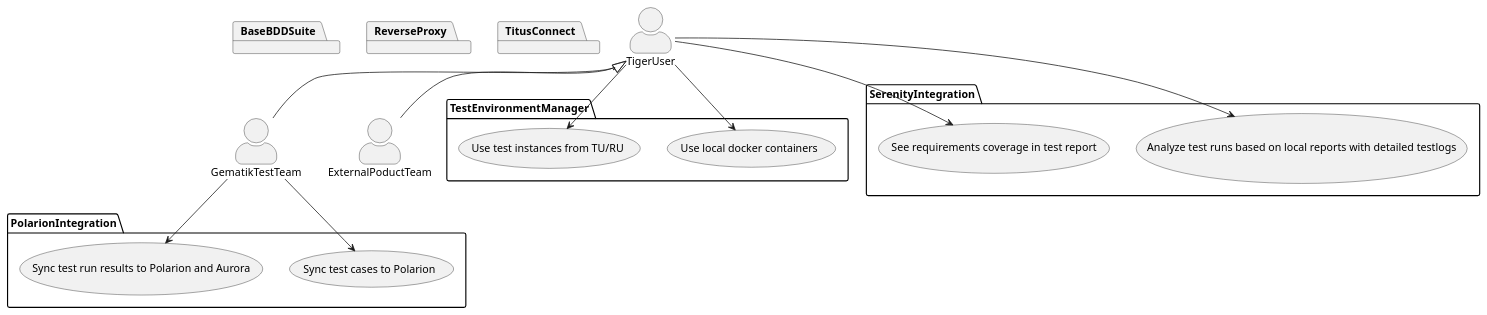
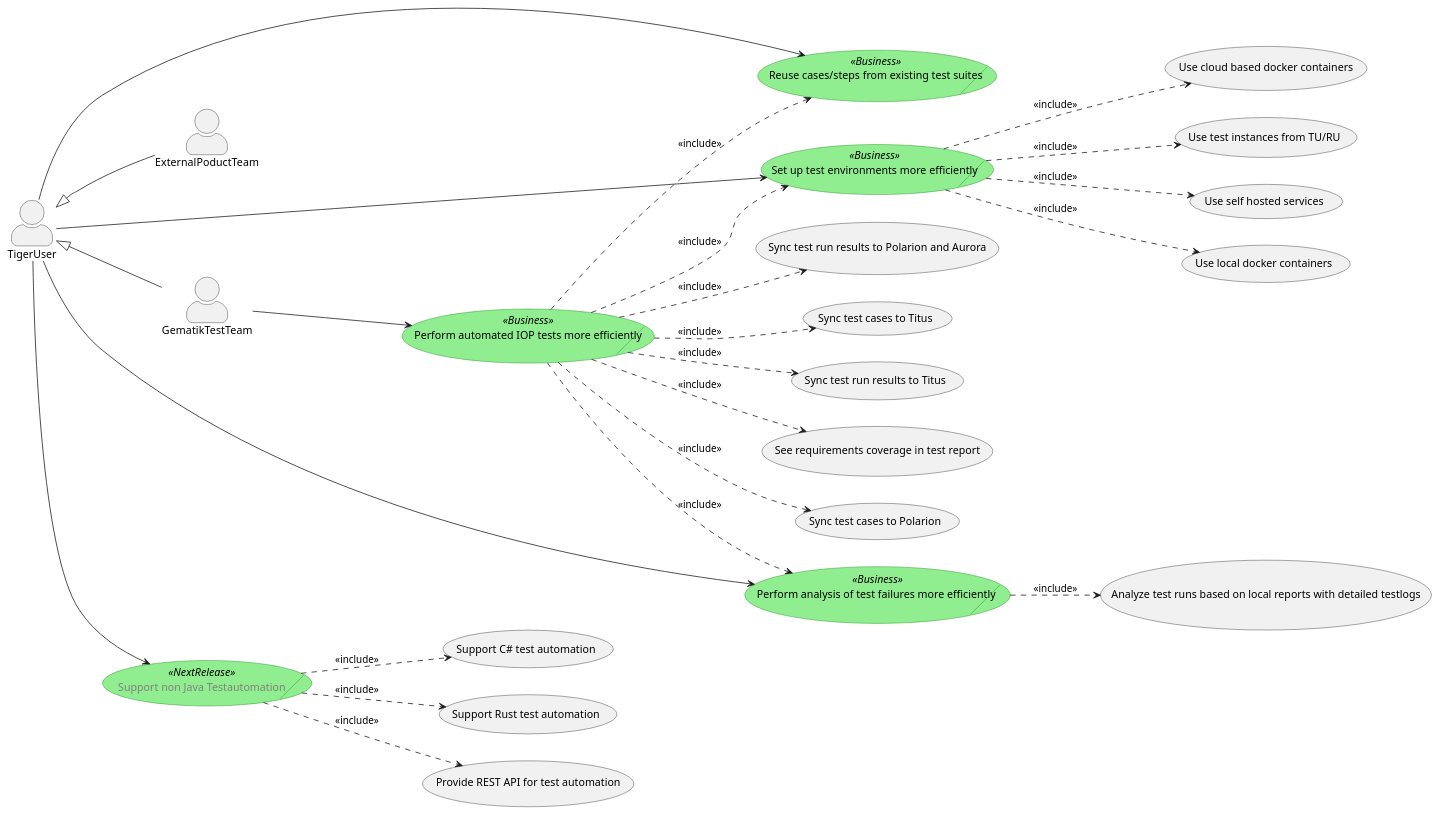
One commit to gematik/app-Tiger changed the diagram in doc/specification/tiger_use_cases.puml. Above: the diagram before and after it, drawn with PlantUML.

Commit message:
first draft of use cases ready for teamstorming

```diff
--- a/doc/specification/tiger_use_cases.puml
+++ b/doc/specification/tiger_use_cases.puml
@@ -1,48 +1,84 @@
 @startuml
 
 skinparam actorStyle awesome
+
+skinparam usecase {
+    BackgroundColor<<Business>> LightGreen
+    BorderColor<<Business>> Green
+    BackgroundColor<<NextRelease>> LightGreen
+    FontColor<<NextRelease>> Gray
+    BorderColor<<NextRelease>> Green
+}
+
+skinparam StereotypeTitleOpening [
+skinparam StereotypeTitleClosing ]
 
 actor TigerUser as tigUsr
 actor GematikTestTeam as gemTT
 actor ExternalPoductTeam as extProd
 
+left to right direction
+
 tigUsr <|-- gemTT
 tigUsr <|-- extProd
 
+usecase/ "Reuse cases/steps from existing test suites"  as BBSUC1 << Business >>
+usecase/ "Set up test environments more efficiently" as BBSUC2 << Business >>
+usecase/ "Perform automated IOP tests more efficiently" as BBSUC3 << Business >>
+usecase/ "Perform analysis of test failures more efficiently " as BBSUC4 << Business >>
+usecase/ "Support non Java Testautomation" as BBSUC5 << NextRelease >>
 
-package TestEnvironmentManager {
+tigUsr --> BBSUC1
+tigUsr --> BBSUC2
+gemTT --> BBSUC3
+tigUsr --> BBSUC4
+tigUsr --> BBSUC5
+
+' package TestEnvironmentManager {
     usecase "Use local docker containers" as TEMUC1
+    usecase "Use cloud based docker containers" as TEMUC3
     usecase "Use test instances from TU/RU" as TEMUC2
-}
+    usecase "Use self hosted services" as TEMUC4
+' }
 
-tigUsr --> TEMUC1
-tigUsr --> TEMUC2
+' package TitusConnect {
+  usecase "Sync test cases to Titus" as TCUC1
+  usecase "Sync test run results to Titus" as TCUC2
+' }
 
-
-package BaseBDDSuite {
-}
-
-package ReverseProxy {
-}
-
-package TitusConnect {
-}
-
-package SerenityIntegration {
+' package SerenityIntegration {
     usecase "Analyze test runs based on local reports with detailed testlogs" as SIUC1
     usecase "See requirements coverage in test report" as SIUC2
-}
+' }
 
-tigUsr --> SIUC1
-tigUsr --> SIUC2
-
-
-package PolarionIntegration {
+' package PolarionIntegration {
     usecase "Sync test cases to Polarion" as PIUC1
     usecase "Sync test run results to Polarion and Aurora" as PIUC2
-}
-gemTT --> PIUC1
-gemTT --> PIUC2
+' }
 
+usecase "Support C# test automation" as NJTUC1
+usecase "Support Rust test automation" as NJTUC2
+usecase "Provide REST API for test automation" as NJTUC3
+
+BBSUC2 ..> TEMUC1  : &#171;include&#187;
+BBSUC2 ..> TEMUC2 : &#171;include&#187;
+BBSUC2 ..> TEMUC3 : &#171;include&#187;
+BBSUC2 ..> TEMUC4 : &#171;include&#187;
+
+BBSUC3 ..> BBSUC1 : &#171;include&#187;
+BBSUC3 ..> BBSUC2 : &#171;include&#187;
+BBSUC3 ..> BBSUC4 : &#171;include&#187;
+
+BBSUC3 ..> TCUC1  : &#171;include&#187;
+BBSUC3 ..> TCUC2  : &#171;include&#187;
+BBSUC3 ..> SIUC2  : &#171;include&#187;
+BBSUC3 ..> PIUC1  : &#171;include&#187;
+BBSUC3 ..> PIUC2  : &#171;include&#187;
+
+BBSUC4 ..> SIUC1  : &#171;include&#187;
+
+BBSUC5 ..> NJTUC1  : &#171;include&#187;
+BBSUC5 ..> NJTUC2  : &#171;include&#187;
+BBSUC5 ..> NJTUC3  : &#171;include&#187;
 
 @enduml
```
